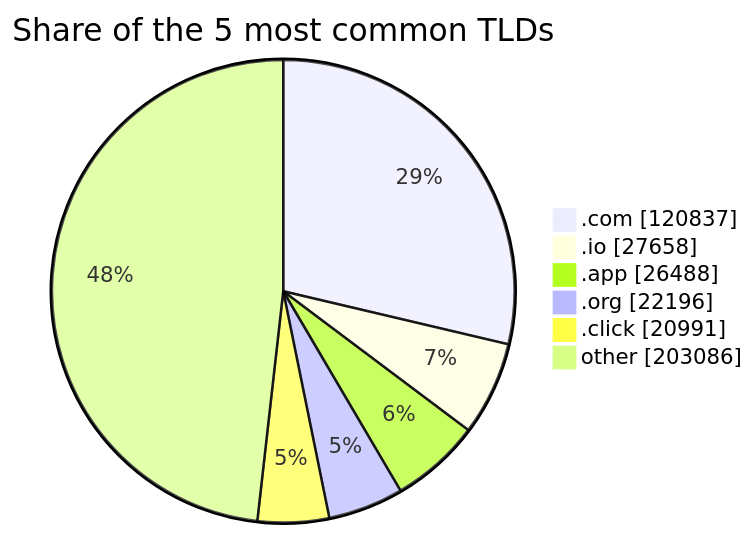
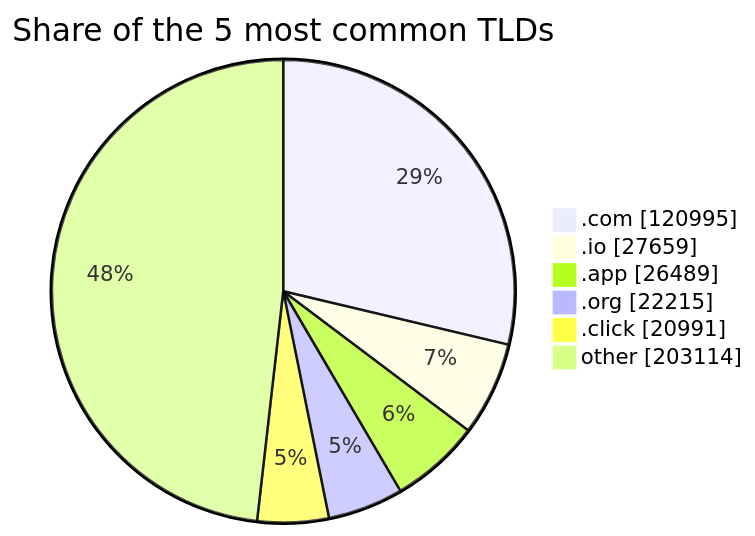
The third of 3 diagrams in README.md (DNSBunker/CTI), drawn with Mermaid before and after one commit. The commit also changed other lines of this file and 3 other files, not shown here.

````diff
--- a/README.md
+++ b/README.md
@@ -81,9 +81,9 @@
 ```mermaid
 pie showData title Share of the 5 most common TLDs
-    ".com" : 120837
-    ".io" : 27658
-    ".app" : 26488
-    ".org" : 22196
+    ".com" : 120995
+    ".io" : 27659
+    ".app" : 26489
+    ".org" : 22215
     ".click" : 20991
-    "other" : 203086
+    "other" : 203114
 ```
````
